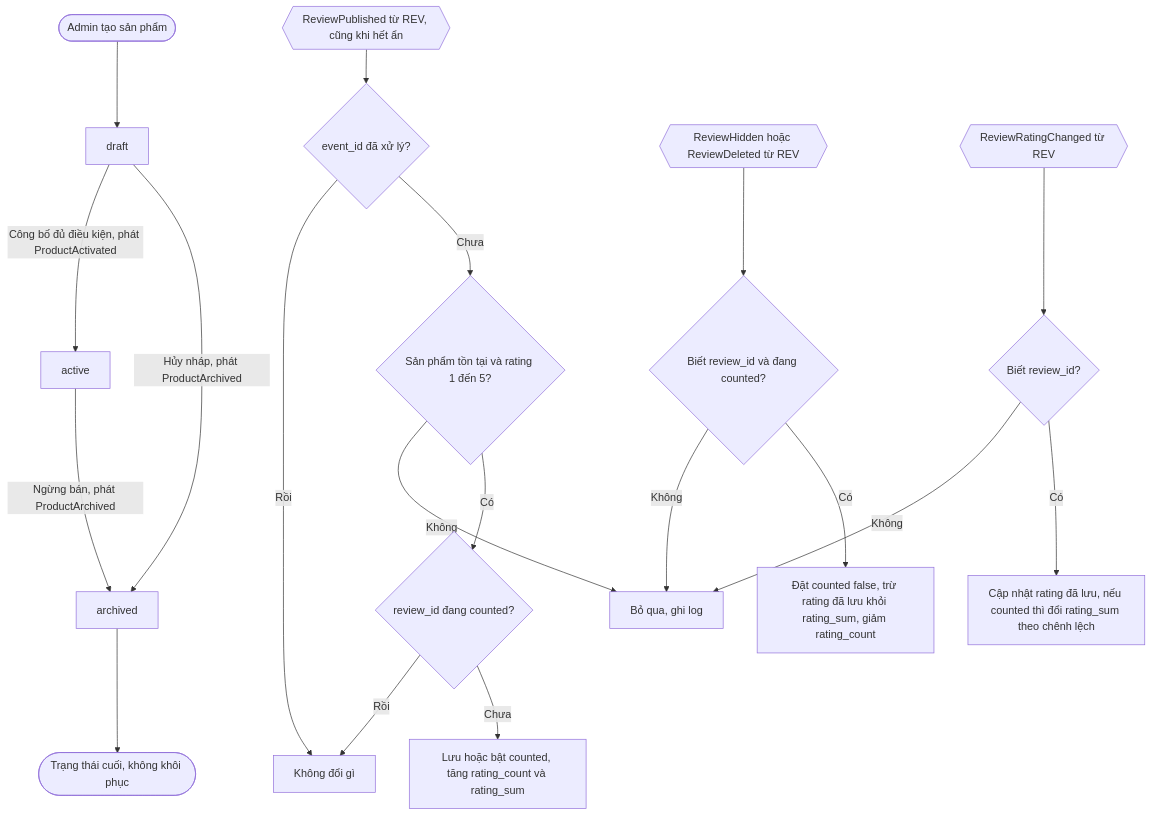
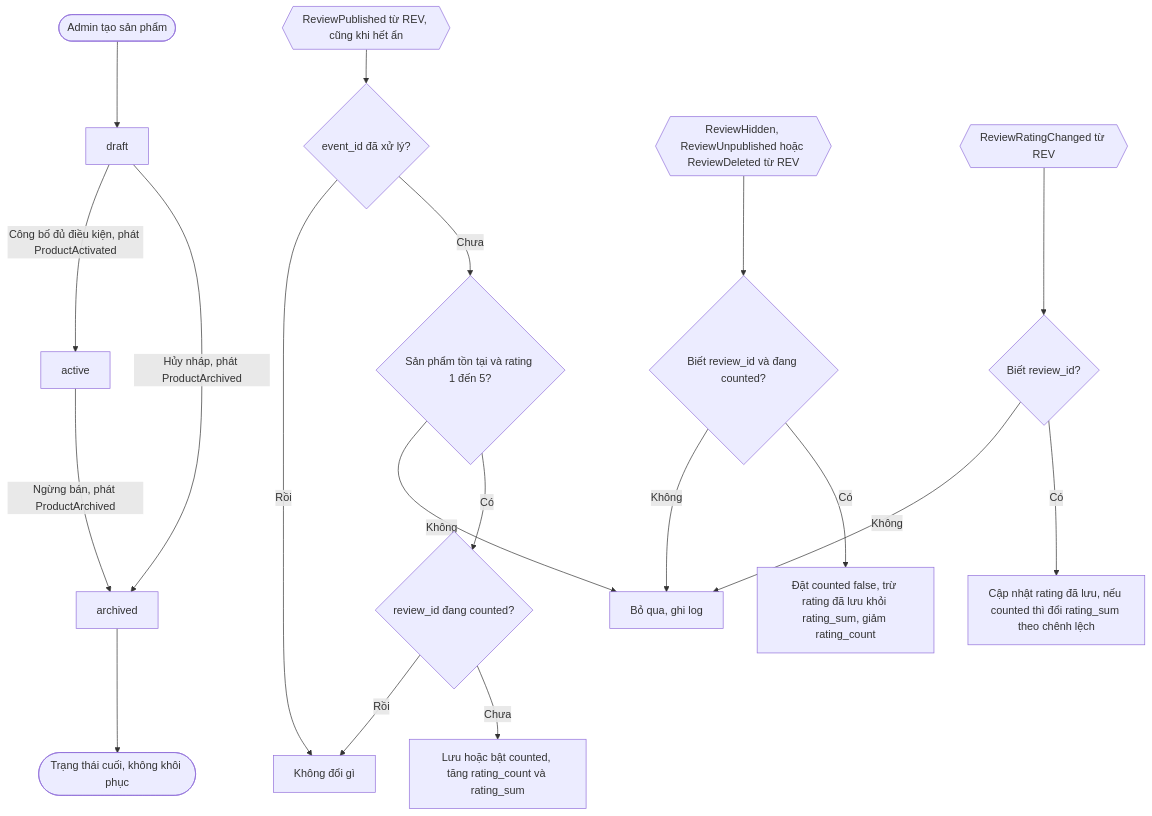
Before and after one commit to bvminh-dev/Min-SDLC: the second of 2 diagrams in spec/epics/PRD/flows/PRD-FLOW-20261006-095502760.md, drawn with Mermaid. The commit also changed other lines of this file and 1457 other files, not shown here.

````diff
--- a/spec/epics/PRD/flows/PRD-FLOW-20261006-095502760.md
+++ b/spec/epics/PRD/flows/PRD-FLOW-20261006-095502760.md
@@ -70,21 +70,21 @@
 ```mermaid
 flowchart TD
     N([Admin tạo sản phẩm]) --> DR[draft]
     DR -- Công bố đủ điều kiện, phát ProductActivated --> AC[active]
     DR -- Hủy nháp, phát ProductArchived --> AR[archived]
     AC -- Ngừng bán, phát ProductArchived --> AR
     AR --> End([Trạng thái cuối, không khôi phục])
     RP{{ReviewPublished từ REV, cũng khi hết ẩn}} --> E0{event_id đã xử lý?}
     E0 -- Rồi --> L2[Không đổi gì]
     E0 -- Chưa --> V1{Sản phẩm tồn tại và rating 1 đến 5?}
     V1 -- Không --> L1[Bỏ qua, ghi log]
     V1 -- Có --> V2{review_id đang counted?}
     V2 -- Rồi --> L2
     V2 -- Chưa --> V3[Lưu hoặc bật counted, tăng rating_count và rating_sum]
-    RH{{ReviewHidden hoặc ReviewDeleted từ REV}} --> H1{Biết review_id và đang counted?}
+    RH{{ReviewHidden, ReviewUnpublished hoặc ReviewDeleted từ REV}} --> H1{Biết review_id và đang counted?}
     H1 -- Không --> L1
     H1 -- Có --> H2[Đặt counted false, trừ rating đã lưu khỏi rating_sum, giảm rating_count]
     RC{{ReviewRatingChanged từ REV}} --> C1{Biết review_id?}
     C1 -- Không --> L1
     C1 -- Có --> C2[Cập nhật rating đã lưu, nếu counted thì đổi rating_sum theo chênh lệch]
 ```
````
